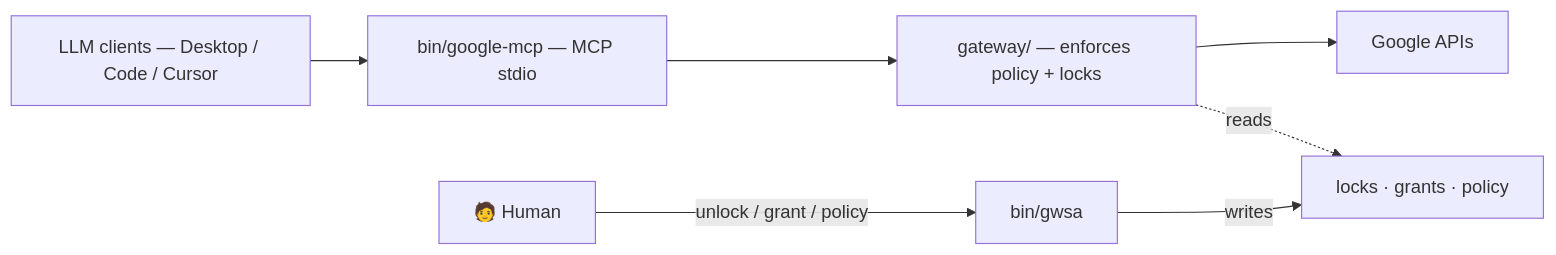
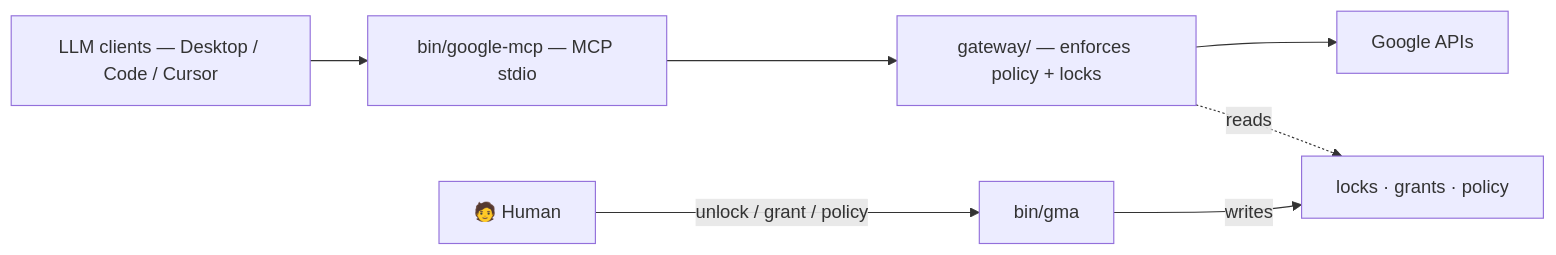
Before and after one commit to elzinko/google-mcp-multi-account: the diagram in README.md, drawn with Mermaid. The commit also changed other lines of this file and 11 other files, not shown here.

First line of the commit message:
docs: renommer la commande gwsa → gma dans toute la doc utilisateur

````diff
--- a/README.md
+++ b/README.md
@@ -67,13 +67,13 @@
 ```mermaid
 flowchart LR
     USER["🧑 Human"]
     LLM["LLM clients — Desktop / Code / Cursor"]
     MCP["bin/google-mcp — MCP stdio"]
     GW["gateway/ — enforces policy + locks"]
     STATE["locks · grants · policy"]
-    GWSA["bin/gwsa"]
+    GWSA["bin/gma"]
     GOOGLE["Google APIs"]
     LLM --> MCP --> GW --> GOOGLE
     GW -.->|reads| STATE
     USER -->|unlock / grant / policy| GWSA -->|writes| STATE
 ```
````
